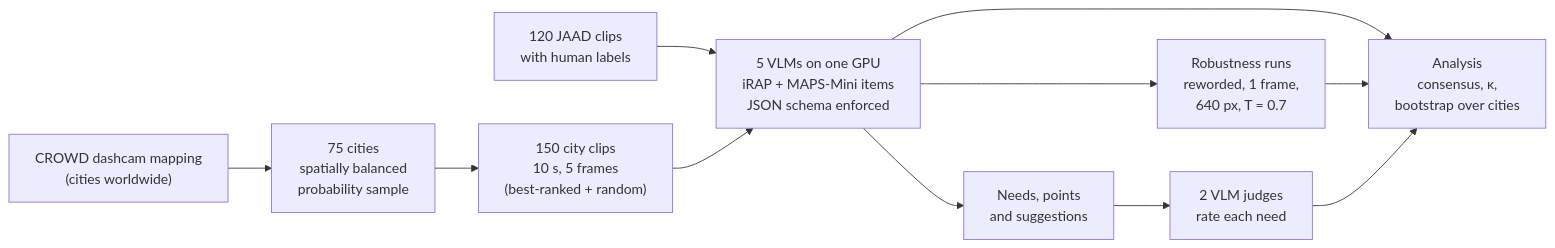
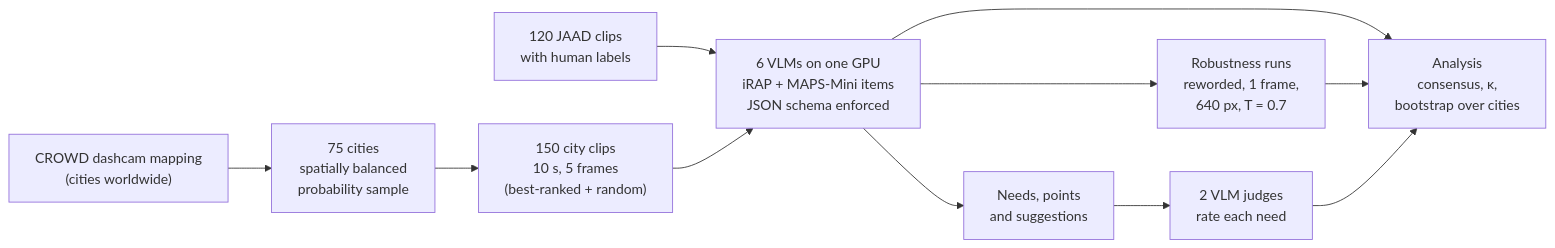
The diagram in README.md (Shaadalam9/vlm-street-audit), drawn with Mermaid before and after one commit. The commit also changed other lines of this file and 941 other files, not shown here.

````diff
--- a/README.md
+++ b/README.md
@@ -43,13 +43,13 @@
 ```mermaid
 flowchart LR
     A["CROWD dashcam mapping<br/>(cities worldwide)"] --> B["75 cities<br/>spatially balanced<br/>probability sample"]
     B --> C["150 city clips<br/>10 s, 5 frames<br/>(best-ranked + random)"]
     J["120 JAAD clips<br/>with human labels"] --> D
-    C --> D["5 VLMs on one GPU<br/>iRAP + MAPS-Mini items<br/>JSON schema enforced"]
+    C --> D["6 VLMs on one GPU<br/>iRAP + MAPS-Mini items<br/>JSON schema enforced"]
     D --> E["Needs, points<br/>and suggestions"]
     D --> R["Robustness runs<br/>reworded, 1 frame,<br/>640 px, T = 0.7"]
     E --> F["2 VLM judges<br/>rate each need"]
     D --> G["Analysis<br/>consensus, κ,<br/>bootstrap over cities"]
     R --> G
     F --> G
 ```
````
